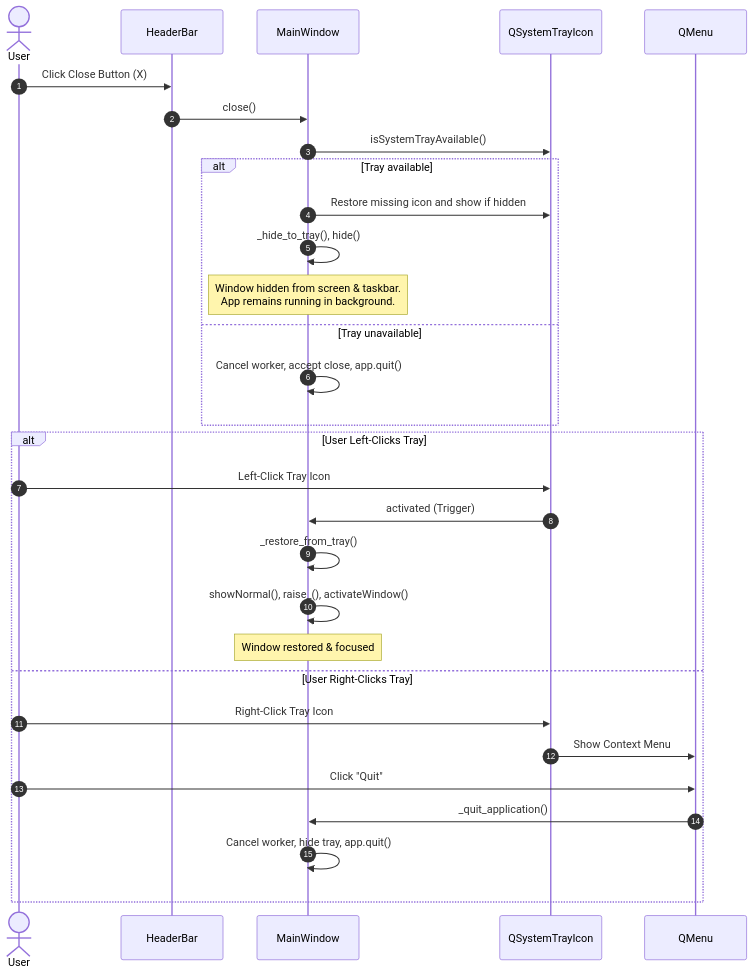
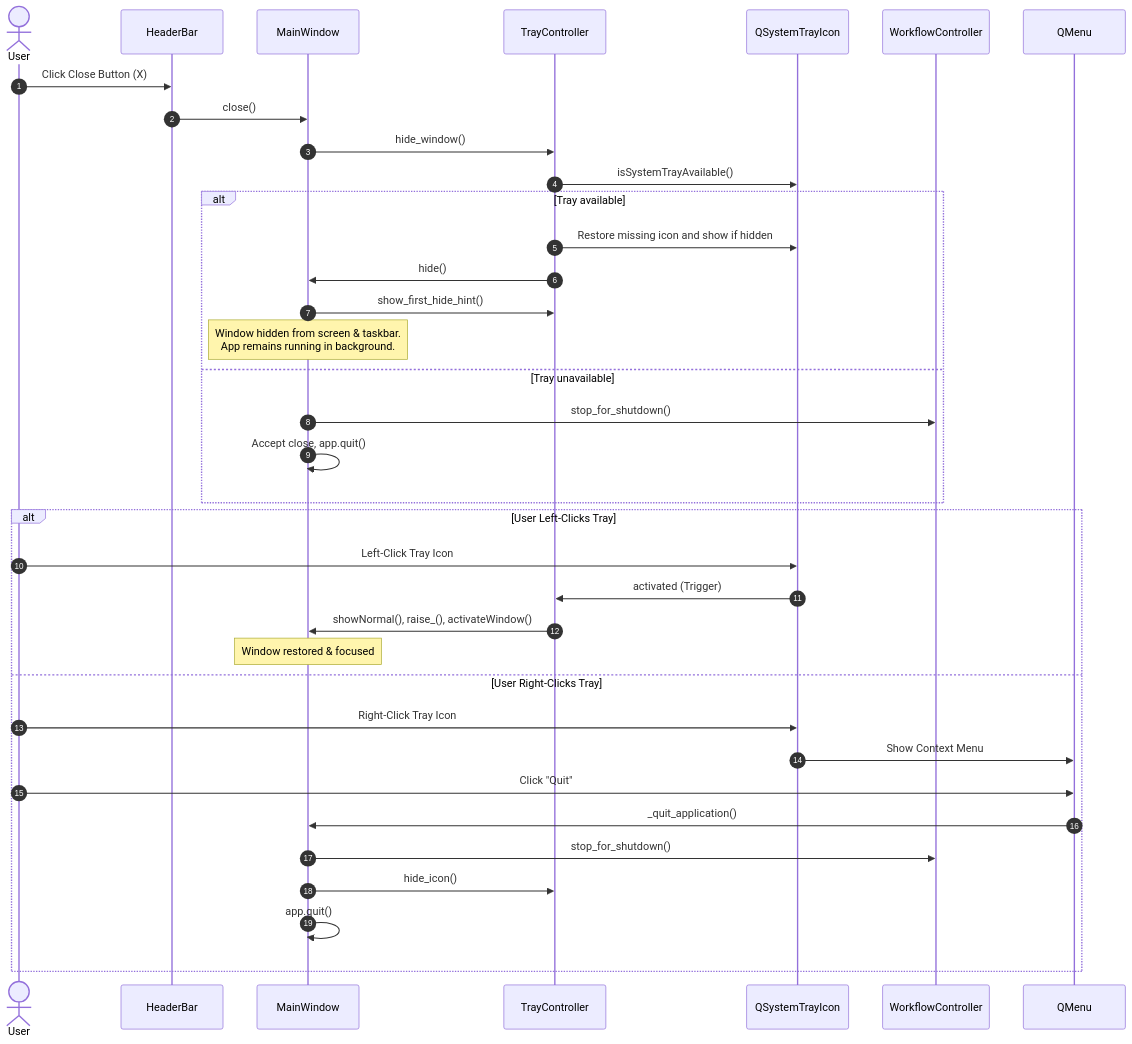
Before and after one commit to tbkmax/ShortcutStudio: the third of 3 diagrams in shortcut_studio/ui/doc/workflow_diagram.md, drawn with Mermaid. The commit also changed other lines of this file and 13 other files, not shown here.

````diff
--- a/shortcut_studio/ui/doc/workflow_diagram.md
+++ b/shortcut_studio/ui/doc/workflow_diagram.md
@@ -102,34 +122,40 @@
 ```mermaid
 sequenceDiagram
     autonumber
     actor User
     participant Header as HeaderBar
     participant Window as MainWindow
+    participant Controller as TrayController
     participant Tray as QSystemTrayIcon
+    participant Workflow as WorkflowController
     participant Menu as QMenu
 
     User->>Header: Click Close Button (X)
     Header->>Window: close()
-    Window->>Tray: isSystemTrayAvailable()
+    Window->>Controller: hide_window()
+    Controller->>Tray: isSystemTrayAvailable()
     alt Tray available
-        Window->>Tray: Restore missing icon and show if hidden
-        Window->>Window: _hide_to_tray(), hide()
+        Controller->>Tray: Restore missing icon and show if hidden
+        Controller->>Window: hide()
+        Window->>Controller: show_first_hide_hint()
         Note over Window: Window hidden from screen & taskbar.<br/>App remains running in background.
     else Tray unavailable
-        Window->>Window: Cancel worker, accept close, app.quit()
+        Window->>Workflow: stop_for_shutdown()
+        Window->>Window: Accept close, app.quit()
     end
 
     alt User Left-Clicks Tray
         User->>Tray: Left-Click Tray Icon
-        Tray->>Window: activated (Trigger)
-        Window->>Window: _restore_from_tray()
-        Window->>Window: showNormal(), raise_(), activateWindow()
+        Tray->>Controller: activated (Trigger)
+        Controller->>Window: showNormal(), raise_(), activateWindow()
         Note over Window: Window restored & focused
     else User Right-Clicks Tray
         User->>Tray: Right-Click Tray Icon
         Tray->>Menu: Show Context Menu
         User->>Menu: Click "Quit"
         Menu->>Window: _quit_application()
-        Window->>Window: Cancel worker, hide tray, app.quit()
+        Window->>Workflow: stop_for_shutdown()
+        Window->>Controller: hide_icon()
+        Window->>Window: app.quit()
     end
 ```
````
